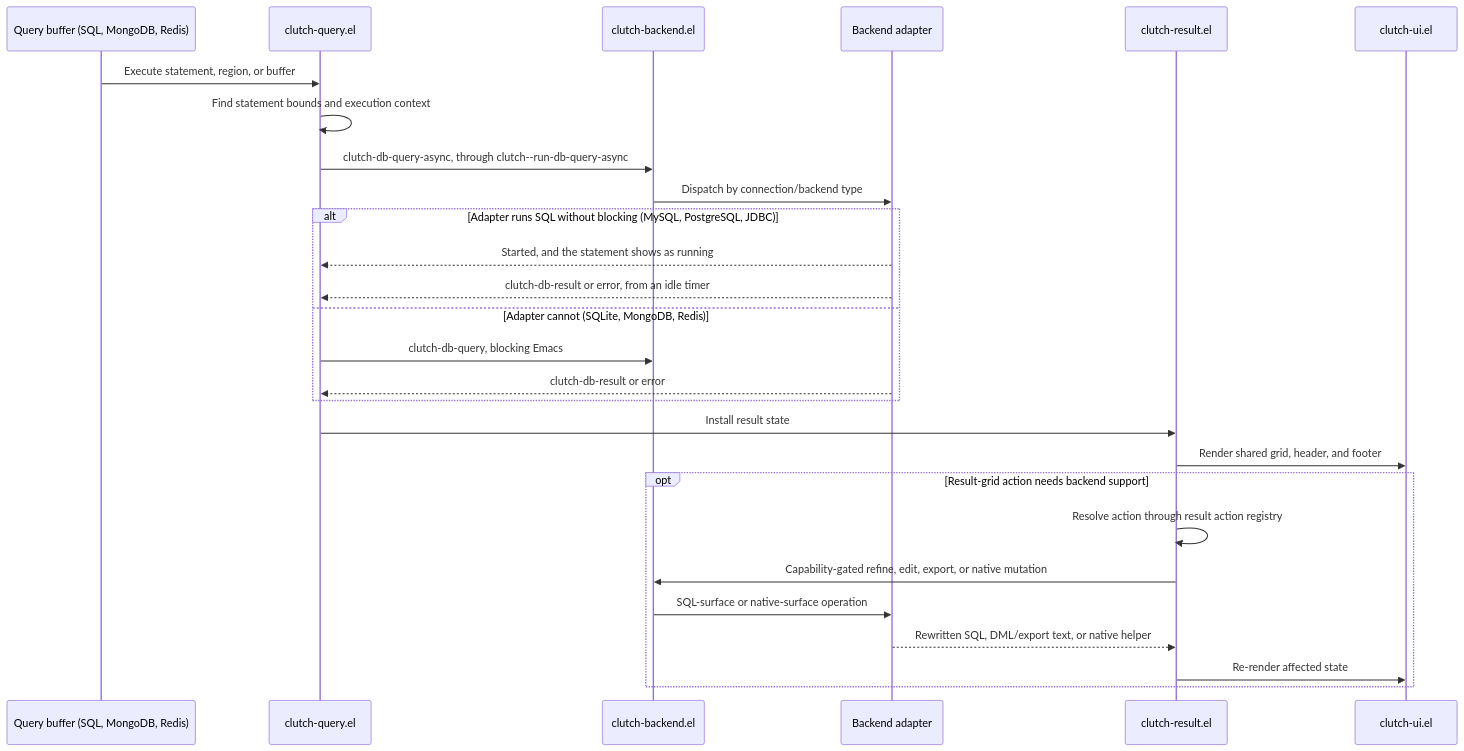
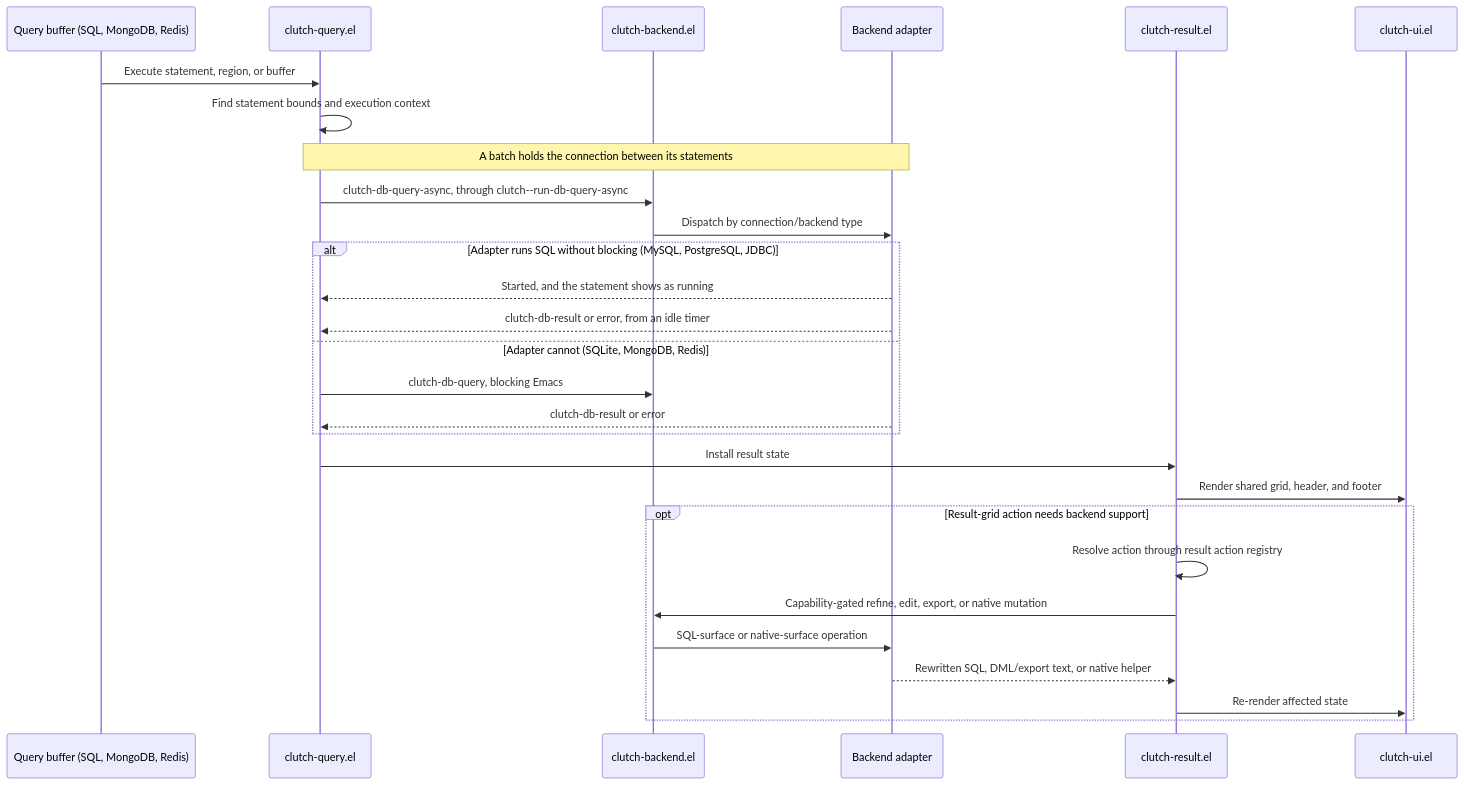
One commit to LuciusChen/clutch changed the fourth of 6 diagrams in docs/architecture.md. Above: the diagram before and after it, drawn with Mermaid. The commit also changed other lines of this file, not shown here.

First line of the commit message:
docs: describe how a batch holds its connection

````diff
--- a/docs/architecture.md
+++ b/docs/architecture.md
@@ -174,30 +174,31 @@
 ```mermaid
 sequenceDiagram
   participant Buffer as Query buffer (SQL, MongoDB, Redis)
   participant Query as clutch-query.el
   participant Backend as clutch-backend.el
   participant Adapter as Backend adapter
   participant Result as clutch-result.el
   participant UI as clutch-ui.el
 
   Buffer->>Query: Execute statement, region, or buffer
   Query->>Query: Find statement bounds and execution context
+  Note over Query,Adapter: A batch holds the connection between its statements
   Query->>Backend: clutch-db-query-async, through clutch--run-db-query-async
   Backend->>Adapter: Dispatch by connection/backend type
   alt Adapter runs SQL without blocking (MySQL, PostgreSQL, JDBC)
     Adapter-->>Query: Started, and the statement shows as running
     Adapter-->>Query: clutch-db-result or error, from an idle timer
   else Adapter cannot (SQLite, MongoDB, Redis)
     Query->>Backend: clutch-db-query, blocking Emacs
     Adapter-->>Query: clutch-db-result or error
   end
   Query->>Result: Install result state
   Result->>UI: Render shared grid, header, and footer
   opt Result-grid action needs backend support
     Result->>Result: Resolve action through result action registry
     Result->>Backend: Capability-gated refine, edit, export, or native mutation
     Backend->>Adapter: SQL-surface or native-surface operation
     Adapter-->>Result: Rewritten SQL, DML/export text, or native helper
     Result->>UI: Re-render affected state
   end
 ```
````
